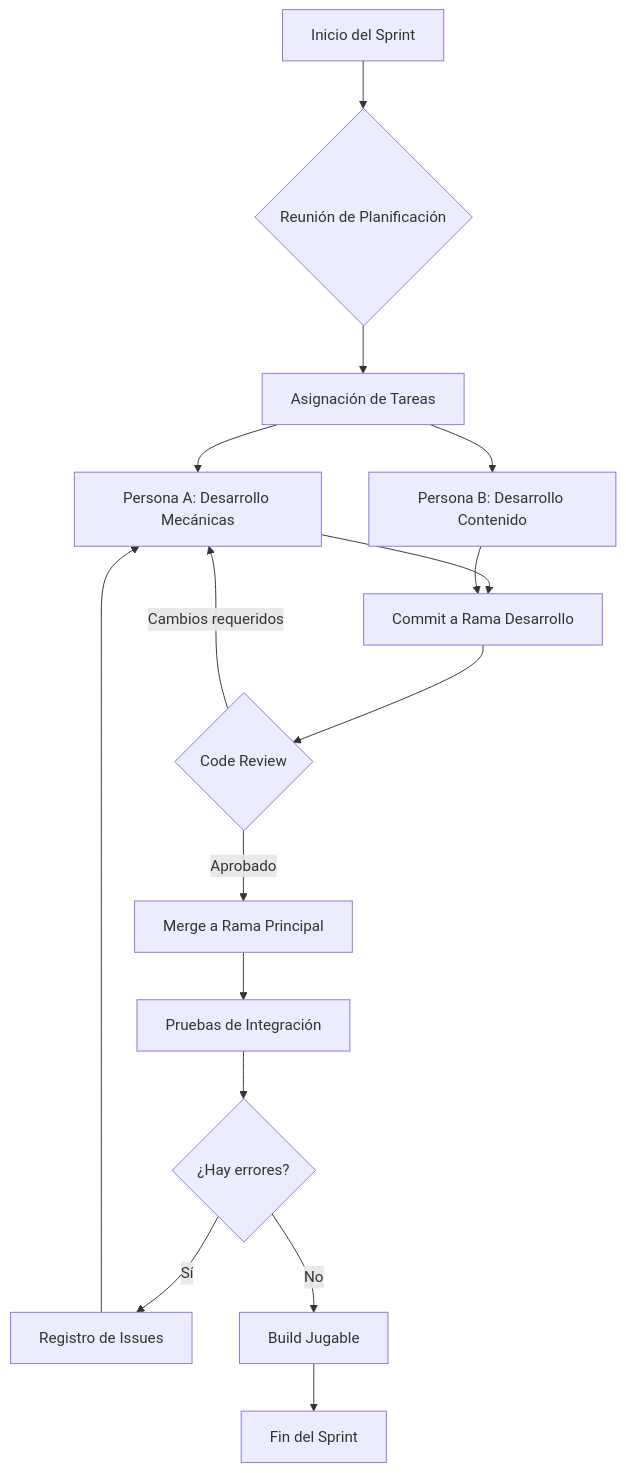
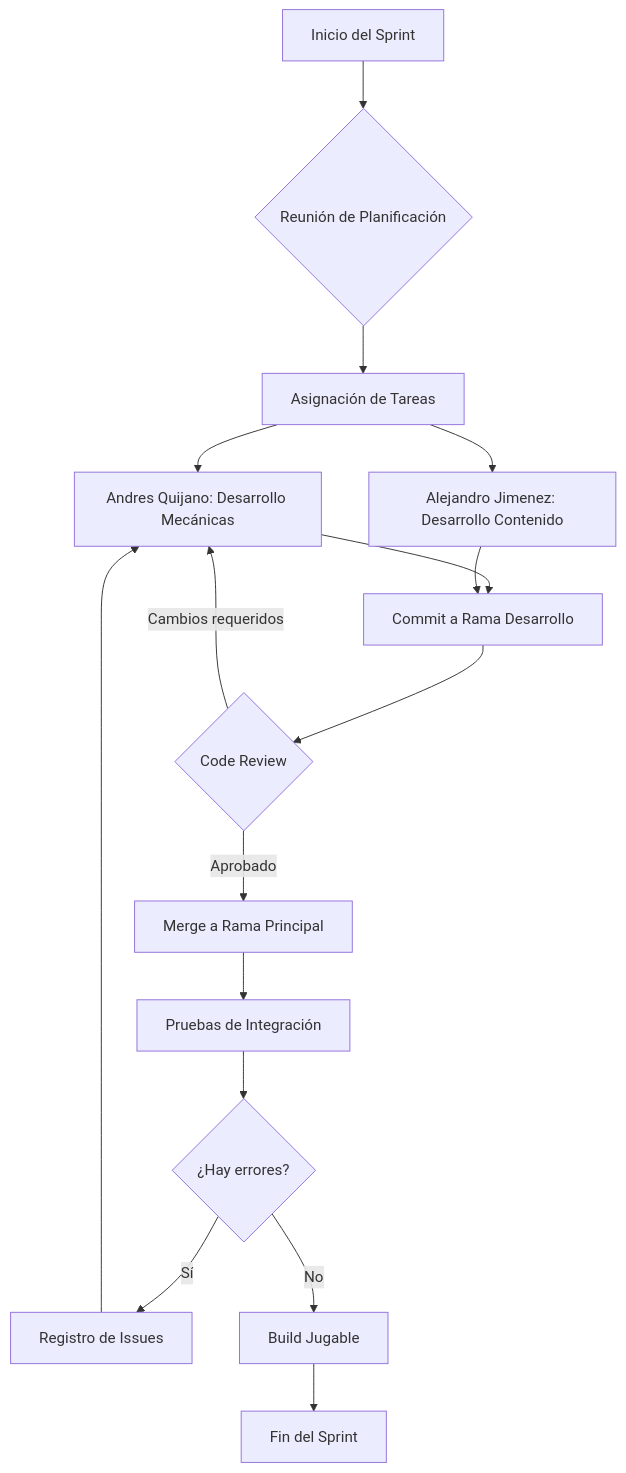
Before and after one commit to AlejandroJIMBUI/idk_game: the diagram in diagrams/mermaid_code/diagram_1.mmd, drawn with Mermaid. The commit also changed 2 other files, not shown here.

Commit message:
Documentation: update diagrams

```diff
--- a/diagrams/mermaid_code/diagram_1.mmd
+++ b/diagrams/mermaid_code/diagram_1.mmd
@@ -1,16 +1,16 @@
 graph TB
     A[Inicio del Sprint] --> B{Reunión de Planificación}
     B --> C[Asignación de Tareas]
-    C --> D[Persona A: Desarrollo Mecánicas]
-    C --> E[Persona B: Desarrollo Contenido]
+    C --> D[Andres Quijano: Desarrollo Mecánicas]
+    C --> E[Alejandro Jimenez: Desarrollo Contenido]
     D --> F[Commit a Rama Desarrollo]
     E --> F
     F --> G{Code Review}
     G -->|Aprobado| H[Merge a Rama Principal]
     G -->|Cambios requeridos| D
     H --> I[Pruebas de Integración]
     I --> J{¿Hay errores?}
     J -->|Sí| K[Registro de Issues]
     J -->|No| L[Build Jugable]
     K --> D
     L --> M[Fin del Sprint]
```
